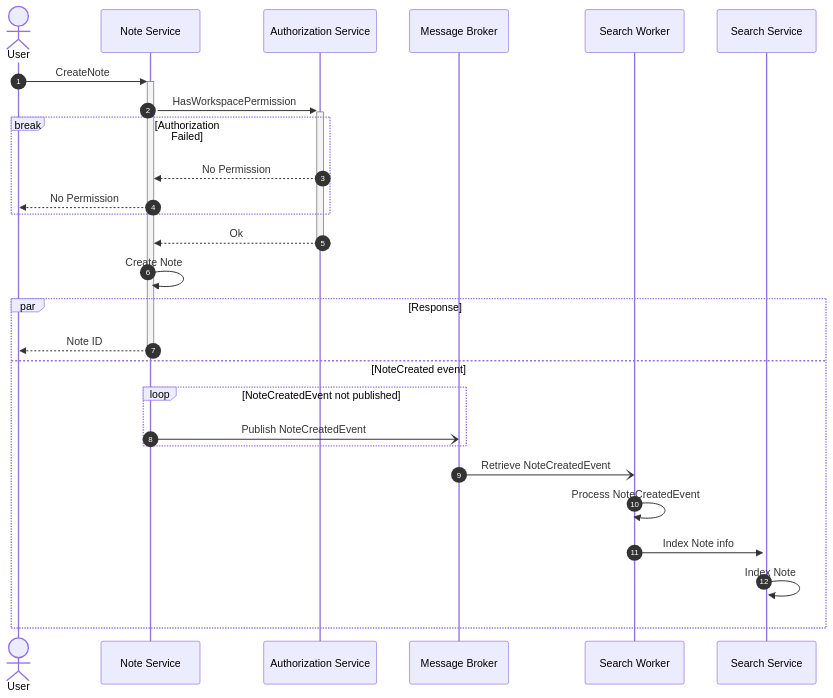
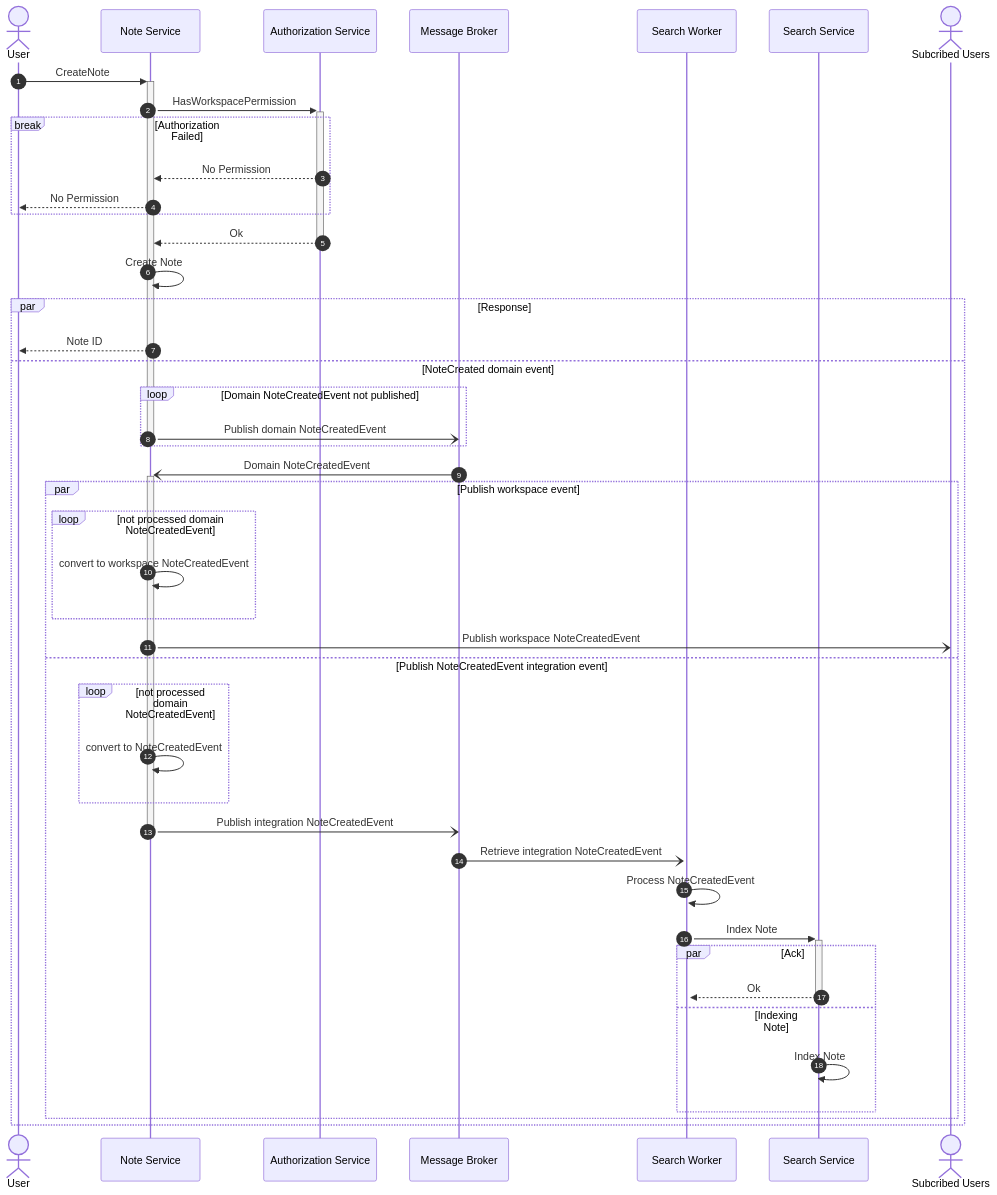
Before and after one commit to notopia-uit/report: the diagram in src/assets/diagrams/create-note-seq.mmd, drawn with Mermaid. The commit also changed 5 other files, not shown here.

```diff
--- a/src/assets/diagrams/create-note-seq.mmd
+++ b/src/assets/diagrams/create-note-seq.mmd
@@ -1,29 +1,46 @@
 sequenceDiagram
     autonumber
 
     actor U as User
     participant NS as Note Service
     participant AS as Authorization Service
     participant MB as Message Broker
     participant SW as Search Worker
     participant SS as Search Service
+    actor SU as Subcribed Users
 
     U->>+NS: CreateNote
     NS->>+AS: HasWorkspacePermission
     break Authorization Failed
         AS-->>NS: No Permission
         NS-->>U: No Permission
     end
     AS-->>-NS: Ok
     NS->>NS: Create Note
     par Response
-        NS-->>-U: Note ID
-    and NoteCreated event
-        loop NoteCreatedEvent not published
-            NS-)MB: Publish NoteCreatedEvent
+        NS-->>U: Note ID
+    and NoteCreated domain event
+        loop Domain NoteCreatedEvent not published
+            NS-)-MB: Publish domain NoteCreatedEvent
         end
-        MB-)SW: Retrieve NoteCreatedEvent
-        SW->>SW: Process NoteCreatedEvent
-        SW->>+SS: Index Note info
-        SS->>+SS: Index Note
+        MB-)+NS: Domain NoteCreatedEvent
+        par Publish workspace event
+            loop not processed domain NoteCreatedEvent
+                NS->>NS: convert to workspace NoteCreatedEvent
+            end
+            NS-)SU: Publish workspace NoteCreatedEvent
+        and Publish NoteCreatedEvent integration event
+            loop not processed domain NoteCreatedEvent
+                NS->>NS: convert to NoteCreatedEvent
+            end
+            NS-)-MB: Publish integration NoteCreatedEvent
+            MB-)+SW: Retrieve integration NoteCreatedEvent
+            SW->>SW: Process NoteCreatedEvent
+            SW->>+SS: Index Note
+            par Ack
+                SS-->>-SW: Ok
+            and Indexing Note
+                SS->>+SS: Index Note
+            end
+        end
     end
```
